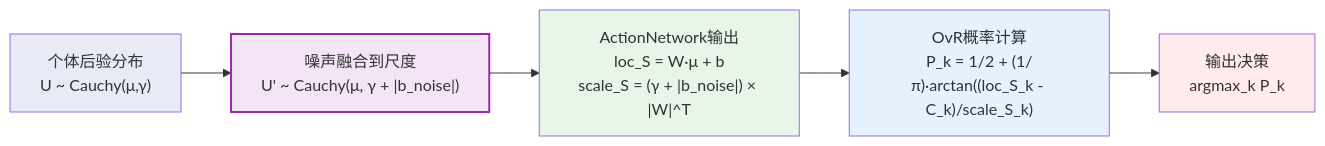
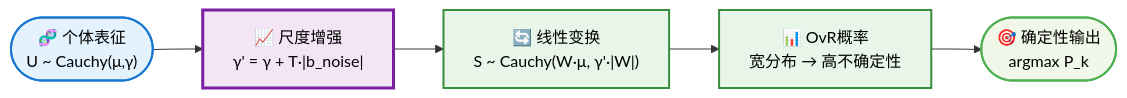
One commit to 1587causalai/CausalQwen changed the third of 5 diagrams in docs/model_inference_position_and_scale.md. Above: the diagram before and after it, drawn with Mermaid. The commit also changed other lines of this file, not shown here.

````diff
--- a/docs/model_inference_position_and_scale.md
+++ b/docs/model_inference_position_and_scale.md
@@ -110,13 +182,20 @@
 ```mermaid
-graph LR
-    Input["个体后验分布<br>U ~ Cauchy(μ,γ)"] --> Scale["噪声融合到尺度<br>U' ~ Cauchy(μ, γ + |b_noise|)"]
-    Scale --> Action["ActionNetwork输出<br>loc_S = W·μ + b<br>scale_S = (γ + |b_noise|) × |W|^T"]
-    Action --> OvR["OvR概率计算<br>P_k = 1/2 + (1/π)·arctan((loc_S_k - C_k)/scale_S_k)"]
-    OvR --> Output["输出决策<br>argmax_k P_k"]
+flowchart LR
+    Input(["🧬 个体表征<br/>U ~ Cauchy(μ,γ)"]) 
+    Scale["📈 尺度增强<br/>γ' = γ + T·|b_noise|"]
+    Action["🔄 线性变换<br/>S ~ Cauchy(W·μ, γ'·|W|)"]
+    OvR["📊 OvR概率<br/>宽分布 → 高不确定性"]
+    Output(["🎯 确定性输出<br/>argmax P_k"])
     
-    style Input fill:#e8eaf6
-    style Scale fill:#f3e5f5,stroke:#9c27b0,stroke-width:2px
-    style Action fill:#e8f5e9
-    style OvR fill:#e3f2fd
-    style Output fill:#ffebee
+    Input --> Scale --> Action --> OvR --> Output
+    
+    classDef input fill:#e3f2fd,stroke:#1976d2,stroke-width:2px,color:#000
+    classDef enhance fill:#f3e5f5,stroke:#7b1fa2,stroke-width:3px,color:#000
+    classDef process fill:#e8f5e9,stroke:#388e3c,stroke-width:2px,color:#000
+    classDef result fill:#f1f8e9,stroke:#4caf50,stroke-width:2px,color:#000
+    
+    class Input input
+    class Scale enhance
+    class Action,OvR process
+    class Output result
 ```
````
